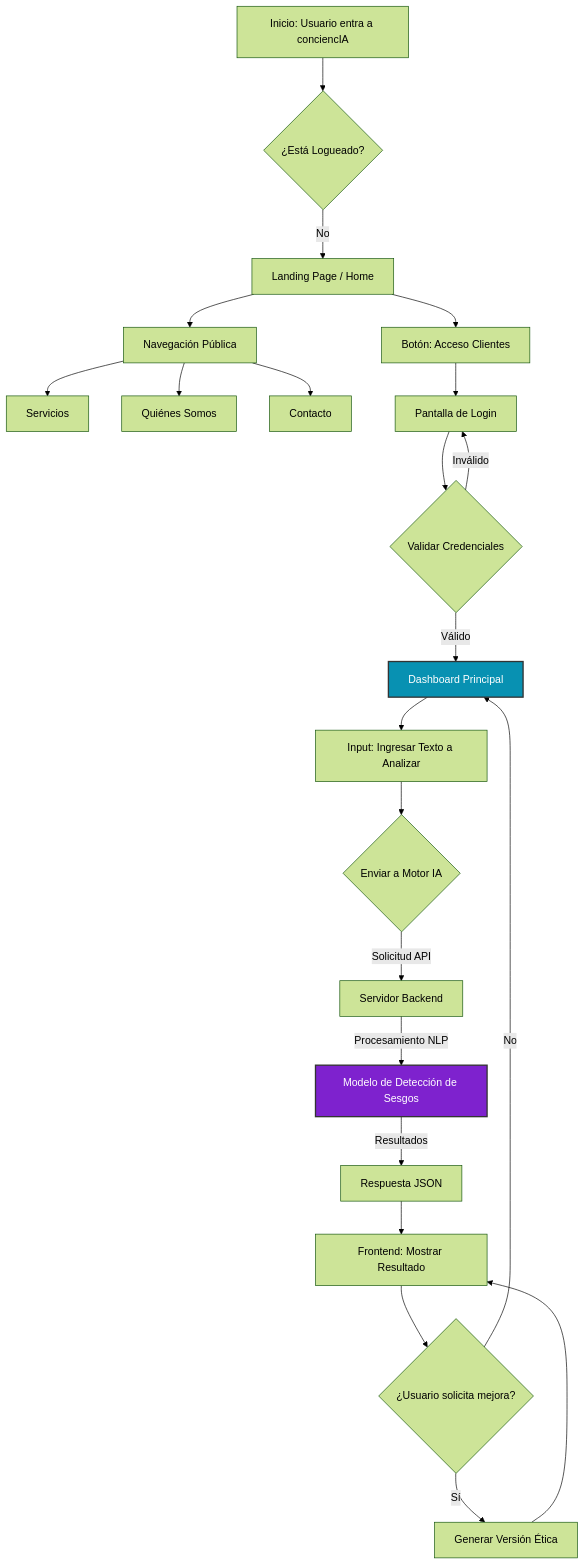
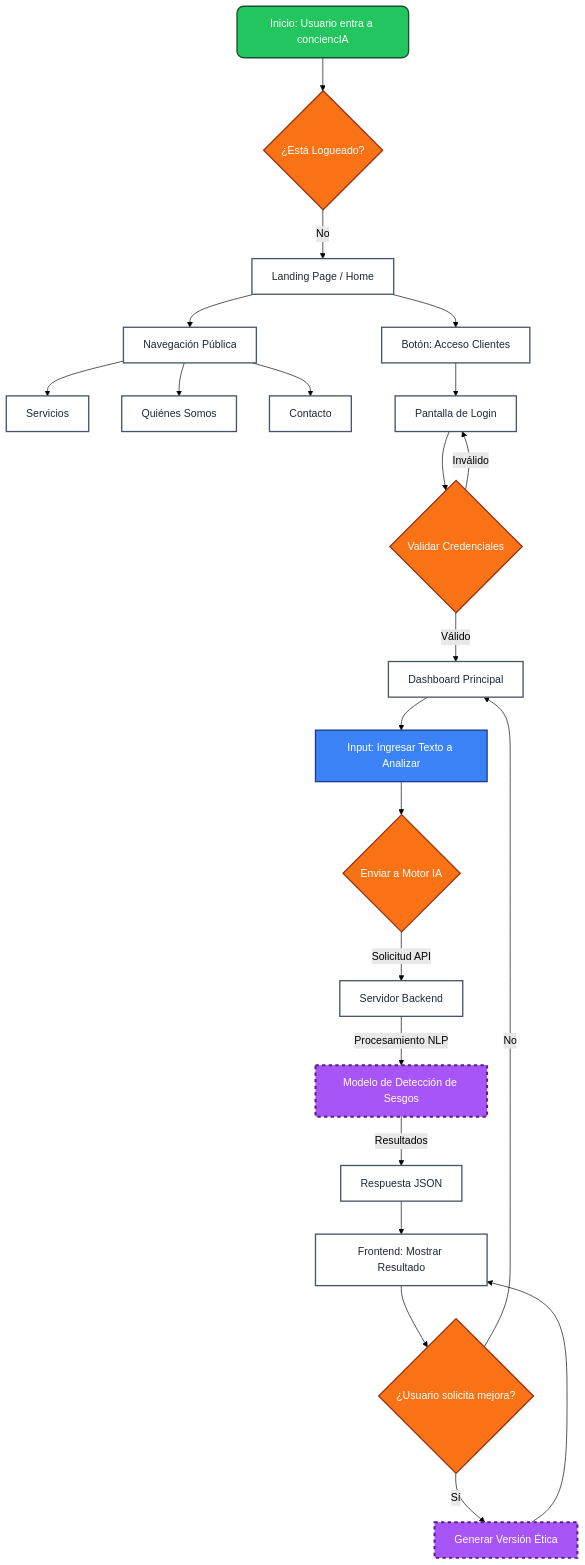
One commit to angel-lopez9177/conciencia changed the diagram in README.md. Above: the diagram before and after it, drawn with Mermaid (forest theme).

Commit message:
Modifica diagrama de flujo

````diff
--- a/README.md
+++ b/README.md
@@ -4,38 +4,55 @@
 ```mermaid
 graph TD
+    %% --- PALETA DE COLORES (PRESENTABLE) ---
+    %% Verde: Inicio
+    classDef start fill:#22c55e,stroke:#14532d,stroke-width:2px,color:#fff,rx:10,ry:10;
+    %% Azul: Acciones del Usuario (Input)
+    classDef user fill:#3b82f6,stroke:#1e3a8a,stroke-width:2px,color:#fff;
+    %% Blanco/Gris: Sistema y Pantallas
+    classDef system fill:#ffffff,stroke:#475569,stroke-width:2px,color:#1e293b;
+    %% Morado: Inteligencia Artificial (El diferenciador)
+    classDef ai fill:#a855f7,stroke:#581c87,stroke-width:3px,stroke-dasharray: 5 5,color:#fff;
+    %% Naranja: Decisiones lógicas
+    classDef decision fill:#f97316,stroke:#9a3412,stroke-width:2px,color:#fff,rhombus;
+
+    %% --- TU DIAGRAMA ORIGINAL ---
     A[Inicio: Usuario entra a conciencIA] --> B{¿Está Logueado?}
     
     %% Flujo Público
     B -- No --> C[Landing Page / Home]
     C --> D[Navegación Pública]
     D --> E[Servicios]
     D --> F[Quiénes Somos]
     D --> G[Contacto]
     C --> H[Botón: Acceso Clientes]
     
     %% Flujo de Autenticación
     H --> I[Pantalla de Login]
     I --> J{Validar Credenciales}
     J -- Inválido --> I
     J -- Válido --> K[Dashboard Principal]
     
     %% Flujo de la Herramienta (Core)
     K --> L[Input: Ingresar Texto a Analizar]
     L --> M{Enviar a Motor IA}
     
     %% Proceso Interno (Backend)
     M -->|Solicitud API| N[Servidor Backend]
     N -->|Procesamiento NLP| O[Modelo de Detección de Sesgos]
     O -->|Resultados| P[Respuesta JSON]
     
     %% Resultado al Usuario
     P --> Q[Frontend: Mostrar Resultado]
     Q --> R{¿Usuario solicita mejora?}
     R -- Sí --> S[Generar Versión Ética]
     S --> Q
     R -- No --> K
 
-    %% Estilos del diagrama
-    style K fill:#0891b2,stroke:#333,stroke-width:2px,color:white
-    style O fill:#7e22ce,stroke:#333,stroke-width:2px,color:white
+    %% --- ASIGNACIÓN DE ESTILOS ---
+    class A start
+    class L user
+    class B,J,M,R decision
+    class O,S ai
+    %% Todo lo demás es sistema
+    class C,D,E,F,G,H,I,K,N,P,Q system
 ```
````
